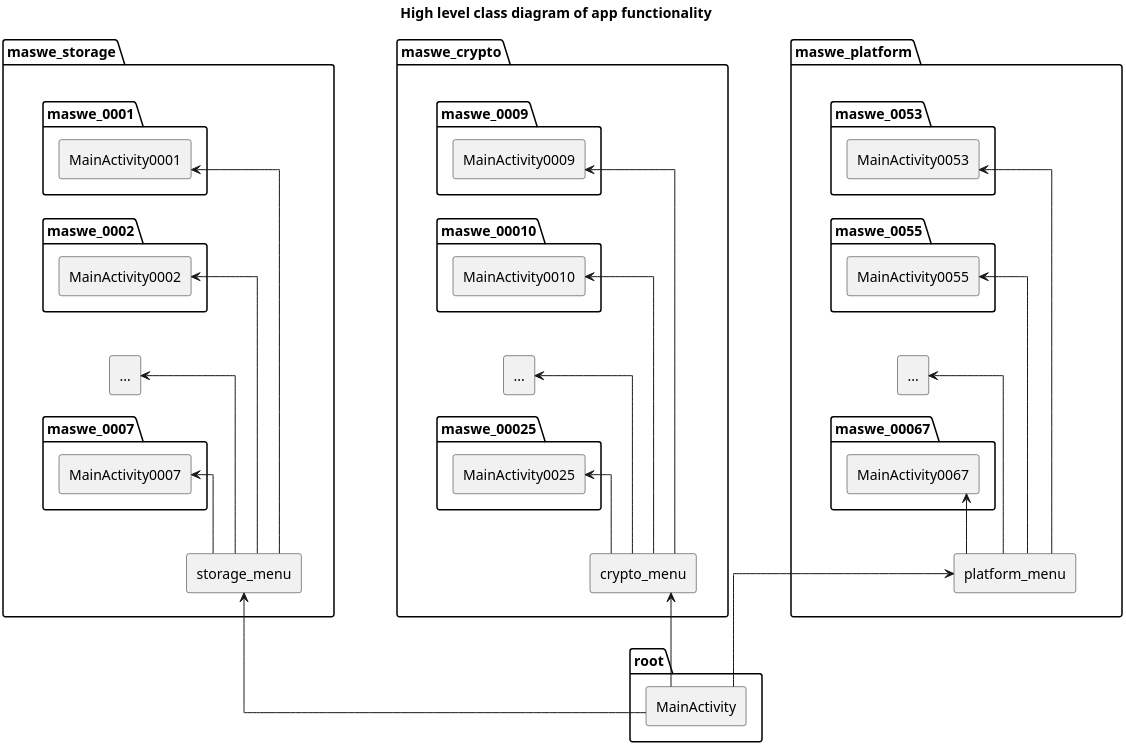
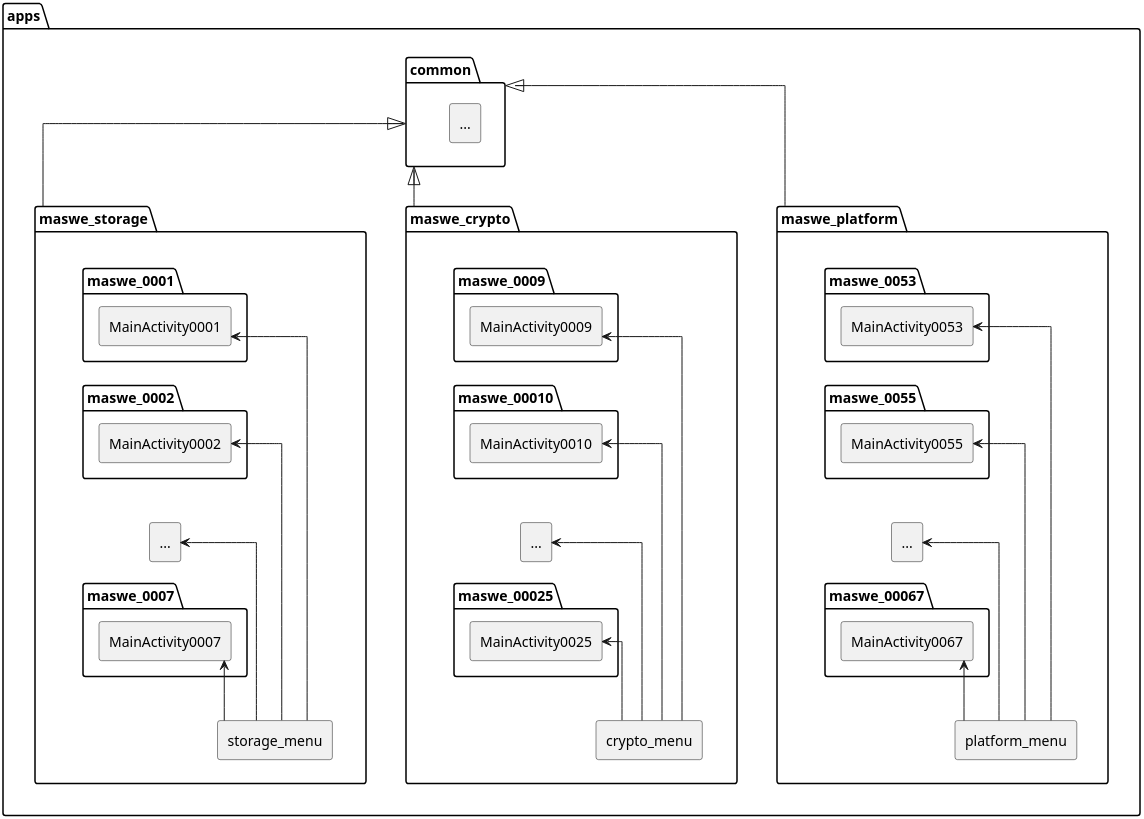
Before and after one commit to domi-cmd/Reference_Application_for_OWASP_MASTG: the diagram in apps/uml_diagrams/class_diagram_highlevel.puml, drawn with PlantUML. The commit also changed 2 other files, not shown here.

Commit message:
Added two new uml diagrams to designated <uml_diagrams> folder, modified an old one

```diff
--- a/apps/uml_diagrams/class_diagram_highlevel.puml
+++ b/apps/uml_diagrams/class_diagram_highlevel.puml
@@ -1,116 +1,117 @@
 @startuml
 'https://plantuml.com/class-diagram
-title High level class diagram of app functionality
+' title "High level view of system architecture"
 top to bottom direction
 skinparam classAttributeIconSize 0
 skinparam dpi 300
 skinparam linetype ortho
 
-package root {
-    rectangle MainActivity
-}
+package "apps" {
+    package common {
+        rectangle "..." as empty
+    }
 
-package maswe_storage {
-    rectangle storage_menu
+    package maswe_storage {
+        rectangle storage_menu
 
-    together {
-           package maswe_0001 {
-               rectangle MainActivity0001
-           }
+        together {
+               package maswe_0001 {
+                   rectangle MainActivity0001
+               }
 
-           package maswe_0002 {
-               rectangle MainActivity0002
-           }
+               package maswe_0002 {
+                   rectangle MainActivity0002
+               }
 
-           rectangle "..." as skipped
+               rectangle "..." as skipped
 
-           package maswe_0007 {
-               rectangle MainActivity0007
-           }
-    }
-}
-
-package maswe_crypto {
-    rectangle crypto_menu
-
-    together {
-
-        package maswe_0009 {
-            rectangle MainActivity0009
-        }
-
-        package maswe_00010 {
-            rectangle MainActivity0010
-        }
-
-        rectangle "..." as skipped2
-
-        package maswe_00025 {
-            rectangle MainActivity0025
+               package maswe_0007 {
+                   rectangle MainActivity0007
+               }
         }
     }
-}
 
-package maswe_platform {
-    rectangle platform_menu
+    package maswe_crypto {
+        rectangle crypto_menu
 
-    together {
-        package maswe_0053 {
-            rectangle MainActivity0053
+        together {
+
+            package maswe_0009 {
+                rectangle MainActivity0009
+            }
+
+            package maswe_00010 {
+                rectangle MainActivity0010
+            }
+
+            rectangle "..." as skipped2
+
+            package maswe_00025 {
+                rectangle MainActivity0025
+            }
         }
+    }
 
-         package maswe_0055 {
-            rectangle MainActivity0055
-         }
+    package maswe_platform {
+        rectangle platform_menu
 
-            rectangle "..." as skipped3
+        together {
+            package maswe_0053 {
+                rectangle MainActivity0053
+            }
 
-        package maswe_00067 {
-            rectangle MainActivity0067
+             package maswe_0055 {
+                rectangle MainActivity0055
+             }
+
+                rectangle "..." as skipped3
+
+            package maswe_00067 {
+                rectangle MainActivity0067
+            }
         }
     }
 }
 
 ' Usage
-storage_menu <-- MainActivity
-
 MainActivity0001 <-- storage_menu
 MainActivity0002 <-- storage_menu
 skipped <-- storage_menu
 MainActivity0007 <-- storage_menu
 
 
-crypto_menu <-- MainActivity
-
 MainActivity0009 <-- crypto_menu
 MainActivity0010 <-- crypto_menu
 skipped2 <-- crypto_menu
 MainActivity0025 <-- crypto_menu
 
-
-platform_menu <-- MainActivity
 
 MainActivity0053 <-- platform_menu
 MainActivity0055 <-- platform_menu
 skipped3 <-- platform_menu
 MainActivity0067 <-- platform_menu
 
 ' Hidden links to enforce order
 MainActivity0001 -[hidden]down- MainActivity0002
 MainActivity0002 -[hidden]down- skipped
 skipped -[hidden]down- MainActivity0007
 
 MainActivity0009 -[hidden]down- MainActivity0010
 MainActivity0010 -[hidden]down- skipped2
 skipped2 -[hidden]down- MainActivity0025
 
 MainActivity0053 -[hidden]down- MainActivity0055
 MainActivity0055 -[hidden]down- skipped3
 skipped3 -[hidden]down- MainActivity0067
 
-' Hidden links to enforce vertical hierarchy
-MainActivity -[hidden]down- maswe_storage
-MainActivity -[hidden]down- maswe_crypto
-MainActivity -[hidden]down- maswe_platform
+' layouts -[hidden]down- "abstract activities"
+
+
+' Inhertiance
+common <|-- maswe_storage
+common <|-- maswe_crypto
+common <|-- maswe_platform
+
+
 
 @enduml
```
